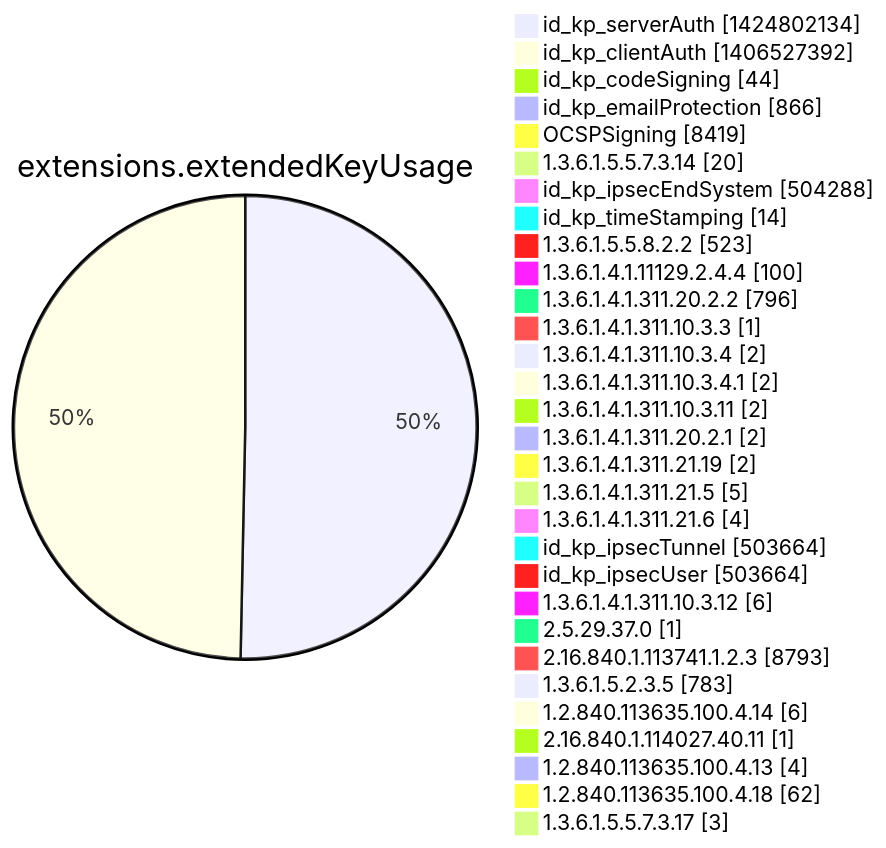
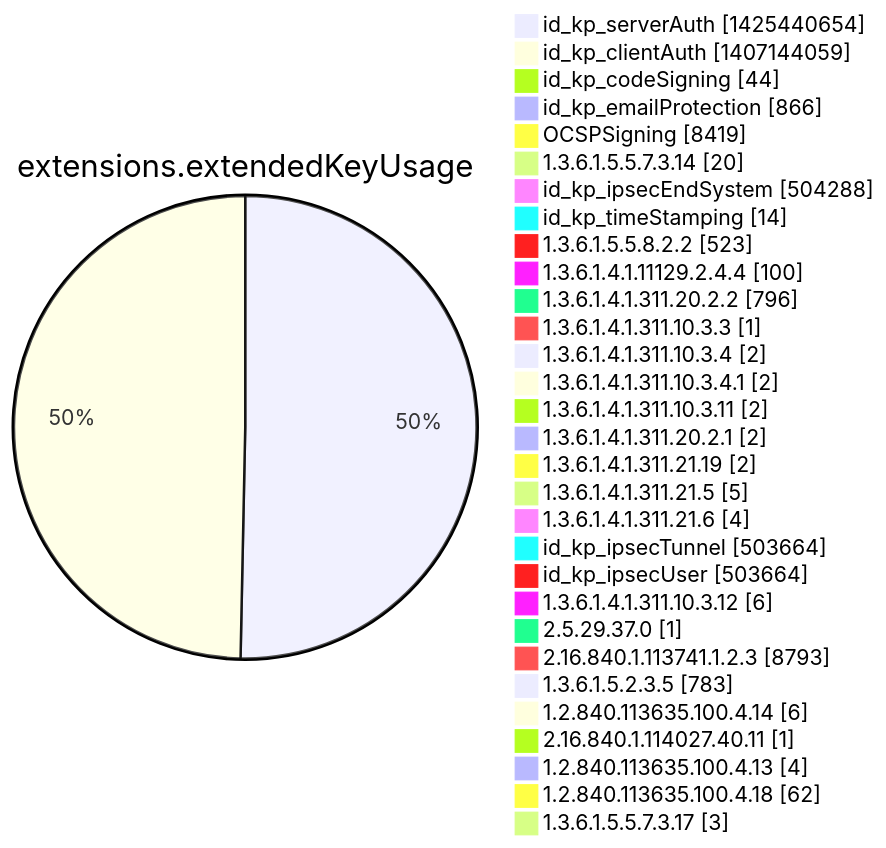
Before and after one commit to christiankrug/ctmonitor_visualization: diagram 12 of 15 in argon2022/README.md, drawn with Mermaid. The commit also changed other lines of this file, not shown here.

````diff
--- a/argon2022/README.md
+++ b/argon2022/README.md
@@ -3555,34 +3555,34 @@
 ```mermaid
 pie showData
 title extensions.extendedKeyUsage
-"id_kp_serverAuth" :1424802134
-"id_kp_clientAuth" :1406527392
+"id_kp_serverAuth" :1425440654
+"id_kp_clientAuth" :1407144059
 "id_kp_codeSigning" :44
 "id_kp_emailProtection" :866
 "OCSPSigning" :8419
 "1.3.6.1.5.5.7.3.14" :20
 "id_kp_ipsecEndSystem" :504288
 "id_kp_timeStamping" :14
 "1.3.6.1.5.5.8.2.2" :523
 "1.3.6.1.4.1.11129.2.4.4" :100
 "1.3.6.1.4.1.311.20.2.2" :796
 "1.3.6.1.4.1.311.10.3.3" :1
 "1.3.6.1.4.1.311.10.3.4" :2
 "1.3.6.1.4.1.311.10.3.4.1" :2
 "1.3.6.1.4.1.311.10.3.11" :2
 "1.3.6.1.4.1.311.20.2.1" :2
 "1.3.6.1.4.1.311.21.19" :2
 "1.3.6.1.4.1.311.21.5" :5
 "1.3.6.1.4.1.311.21.6" :4
 "id_kp_ipsecTunnel" :503664
 "id_kp_ipsecUser" :503664
 "1.3.6.1.4.1.311.10.3.12" :6
 "2.5.29.37.0" :1
 "2.16.840.1.113741.1.2.3" :8793
 "1.3.6.1.5.2.3.5" :783
 "1.2.840.113635.100.4.14" :6
 "2.16.840.1.114027.40.11" :1
 "1.2.840.113635.100.4.13" :4
 "1.2.840.113635.100.4.18" :62
 "1.3.6.1.5.5.7.3.17" :3
 ```
````
